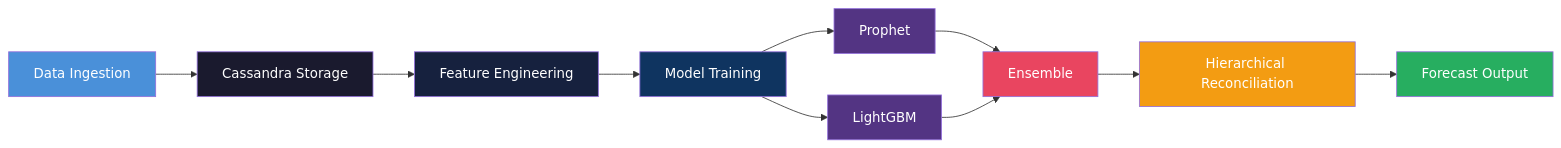
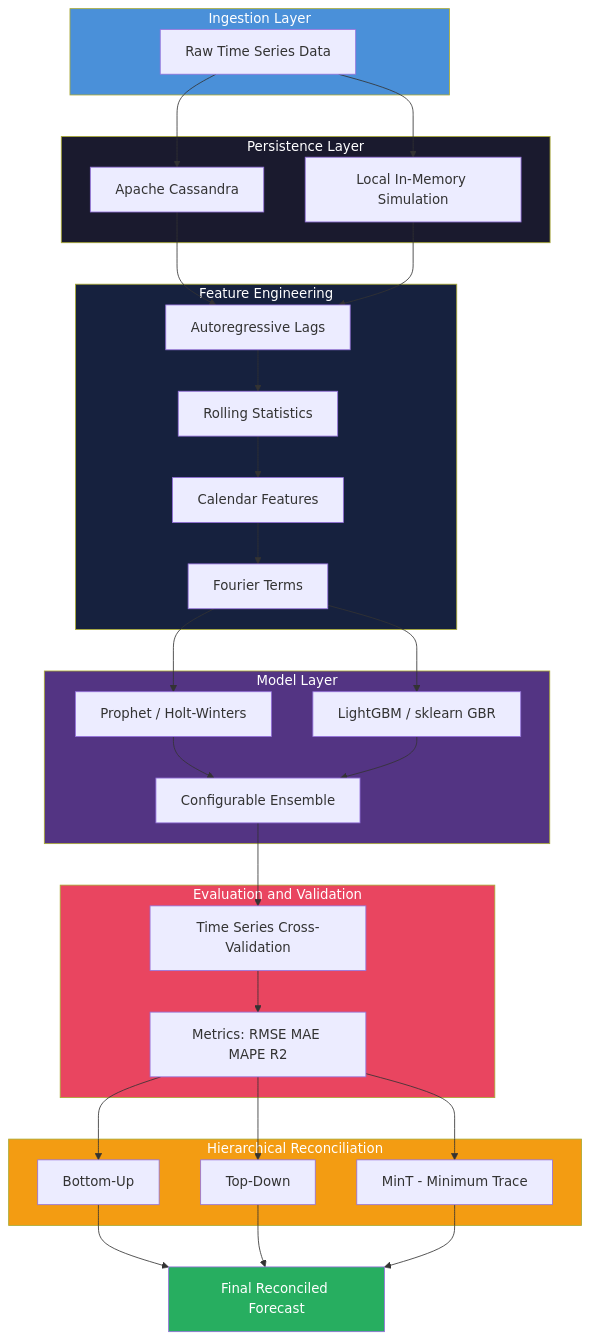
The third of 4 diagrams in README.md (galafis/cassandra-timeseries-ml-pipeline), drawn with Mermaid before and after one commit. The commit also changed other lines of this file and 4 other files, not shown here.

````diff
--- a/README.md
+++ b/README.md
@@ -197,22 +311,63 @@
 ```mermaid
-flowchart LR
-    A[Data Ingestion] --> B[Cassandra Storage]
-    B --> C[Feature Engineering]
-    C --> D[Model Training]
-    D --> E[Prophet]
-    D --> F[LightGBM]
-    E --> G[Ensemble]
-    F --> G
-    G --> H[Hierarchical Reconciliation]
-    H --> I[Forecast Output]
+graph TD
+    subgraph Ingestion["Ingestion Layer"]
+        A[Raw Time Series Data]
+    end
 
-    style A fill:#4A90D9,color:#fff
-    style B fill:#1A1A2E,color:#fff
-    style C fill:#16213E,color:#fff
-    style D fill:#0F3460,color:#fff
-    style E fill:#533483,color:#fff
-    style F fill:#533483,color:#fff
-    style G fill:#E94560,color:#fff
-    style H fill:#F39C12,color:#fff
-    style I fill:#27AE60,color:#fff
+    subgraph Storage["Persistence Layer"]
+        B[Apache Cassandra]
+        B1[Local In-Memory Simulation]
+    end
+
+    subgraph Features["Feature Engineering"]
+        C1[Autoregressive Lags]
+        C2[Rolling Statistics]
+        C3[Calendar Features]
+        C4[Fourier Terms]
+    end
+
+    subgraph Models["Model Layer"]
+        D1[Prophet / Holt-Winters]
+        D2[LightGBM / sklearn GBR]
+        D3[Configurable Ensemble]
+    end
+
+    subgraph Evaluation["Evaluation and Validation"]
+        E1[Time Series Cross-Validation]
+        E2[Metrics: RMSE MAE MAPE R2]
+    end
+
+    subgraph Reconciliation["Hierarchical Reconciliation"]
+        F1[Bottom-Up]
+        F2[Top-Down]
+        F3[MinT - Minimum Trace]
+    end
+
+    G[Final Reconciled Forecast]
+
+    A --> B
+    A --> B1
+    B --> C1
+    B1 --> C1
+    C1 --> C2 --> C3 --> C4
+    C4 --> D1
+    C4 --> D2
+    D1 --> D3
+    D2 --> D3
+    D3 --> E1
+    E1 --> E2
+    E2 --> F1
+    E2 --> F2
+    E2 --> F3
+    F1 --> G
+    F2 --> G
+    F3 --> G
+
+    style Ingestion fill:#4A90D9,color:#fff
+    style Storage fill:#1A1A2E,color:#fff
+    style Features fill:#16213E,color:#fff
+    style Models fill:#533483,color:#fff
+    style Evaluation fill:#E94560,color:#fff
+    style Reconciliation fill:#F39C12,color:#fff
+    style G fill:#27AE60,color:#fff
 ```
````
